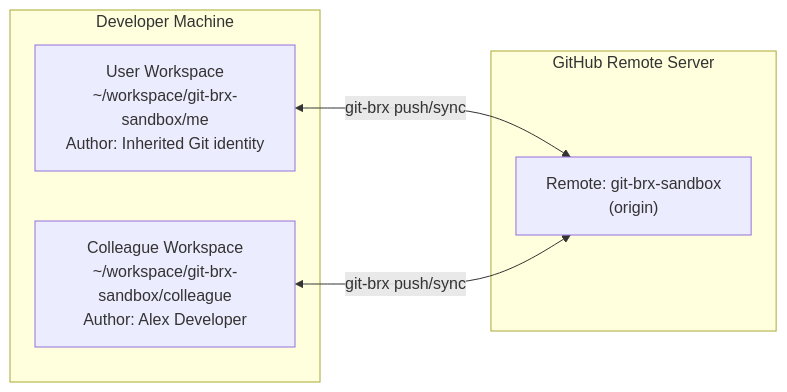
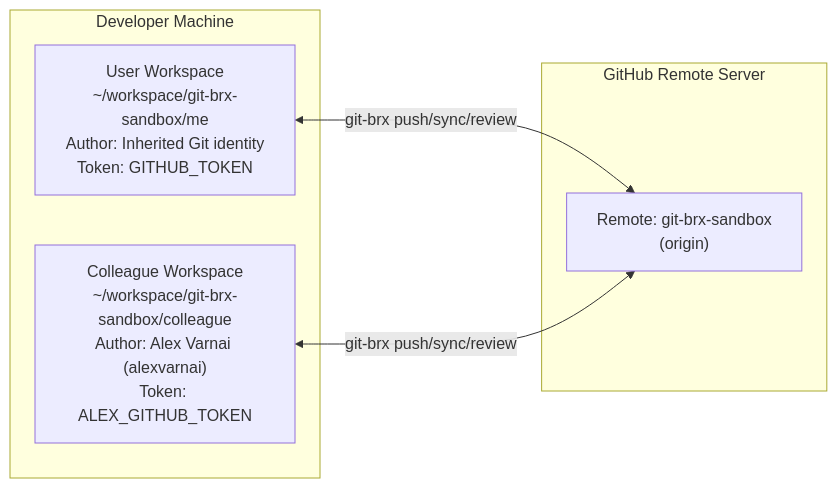
Before and after one commit to bvarnai/git-brx: the first of 2 diagrams in docs/user-guide/colleague-simulation.md, drawn with Mermaid. The commit also changed other lines of this file and 4 other files, not shown here.

Commit message:
feat(#36): Multi-token colleague simulation harness supporting Alex Varnai and reviewer routing playbooks (#37)

````diff
--- a/docs/user-guide/colleague-simulation.md
+++ b/docs/user-guide/colleague-simulation.md
@@ -11,14 +11,14 @@
 ```mermaid
 flowchart LR
     subgraph Host["Developer Machine"]
-        UserWorkspace["User Workspace<br/>~/workspace/git-brx-sandbox/me<br/>Author: Inherited Git identity"]
-        ColleagueWorkspace["Colleague Workspace<br/>~/workspace/git-brx-sandbox/colleague<br/>Author: Alex Developer"]
+        UserWorkspace["User Workspace<br/>~/workspace/git-brx-sandbox/me<br/>Author: Inherited Git identity<br/>Token: GITHUB_TOKEN"]
+        ColleagueWorkspace["Colleague Workspace<br/>~/workspace/git-brx-sandbox/colleague<br/>Author: Alex Varnai (alexvarnai)<br/>Token: ALEX_GITHUB_TOKEN"]
     end
 
     subgraph GitHub["GitHub Remote Server"]
         SandboxRepo["Remote: git-brx-sandbox<br/>(origin)"]
     end
 
-    UserWorkspace <-->|git-brx push/sync| SandboxRepo
-    ColleagueWorkspace <-->|git-brx push/sync| SandboxRepo
+    UserWorkspace <-->|git-brx push/sync/review| SandboxRepo
+    ColleagueWorkspace <-->|git-brx push/sync/review| SandboxRepo
 ```
````
